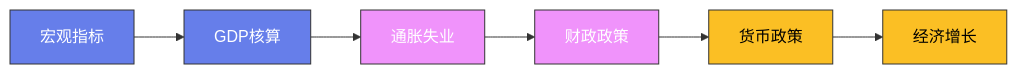
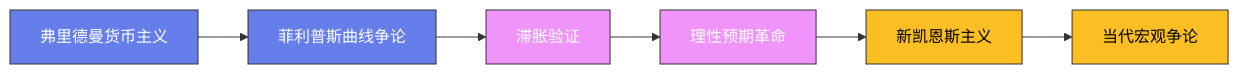
One commit to Fengur/Fengur.github.io changed the diagram in content/posts/ModelCreate/经济学与金融/06-货币主义与新古典综合.md. Above: the diagram before and after it, drawn with Mermaid. The commit also changed 118 other files, not shown here.

````diff
--- a/content/posts/ModelCreate/经济学与金融/06-货币主义与新古典综合.md
+++ b/content/posts/ModelCreate/经济学与金融/06-货币主义与新古典综合.md
@@ -67,16 +67,16 @@
 ```mermaid
 graph LR
-    A["宏观指标"] --> B["GDP核算"]
-    B --> C["通胀失业"]
-    C --> D["财政政策"]
-    D --> E["货币政策"]
-    E --> F["经济增长"]
+    A["弗里德曼货币主义"] --> B["菲利普斯曲线争论"]
+    B --> C["滞胀验证"]
+    C --> D["理性预期革命"]
+    D --> E["新凯恩斯主义"]
+    E --> F["当代宏观争论"]
 
     classDef early fill:#667eea,stroke:#333,color:white
     classDef mid fill:#f093fb,stroke:#333,color:white
     classDef modern fill:#fbbf24,stroke:#333,color:black
 
     class A,B early
     class C,D mid
     class E,F modern
 ```
````
